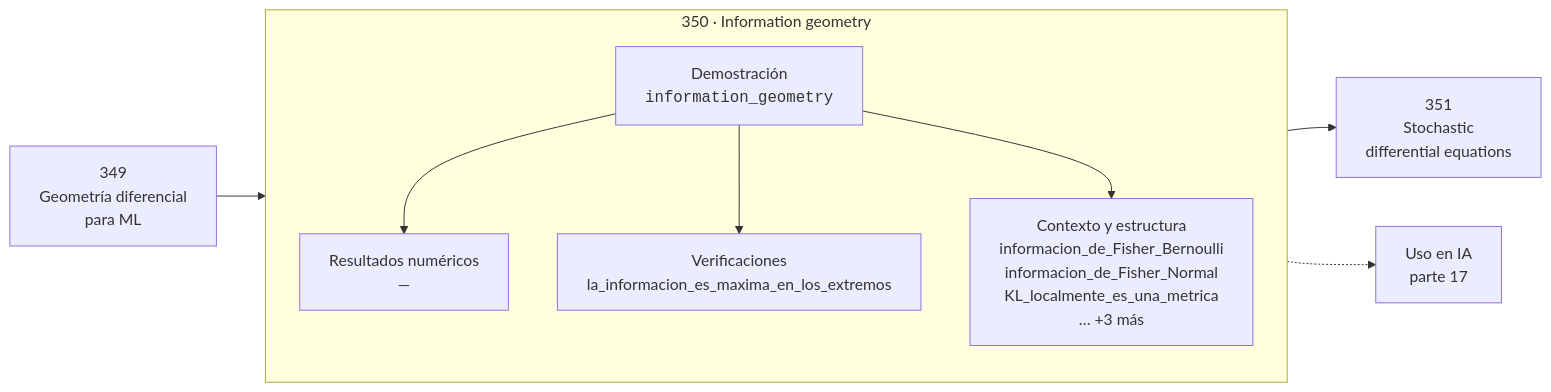
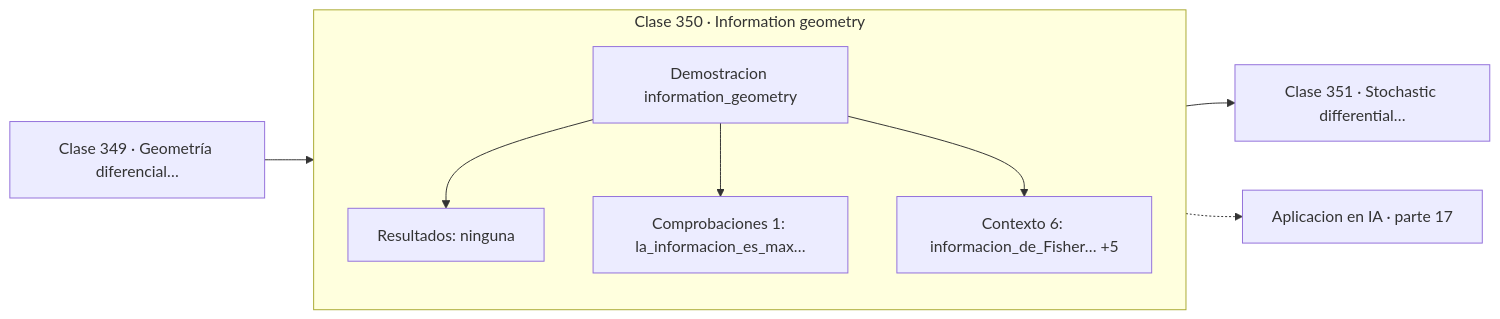
Before and after one commit to vladimiracunadev-create/computational-mathematics-program: the diagram in classes/part-17-frontera-matematica-para-ia-e-investigacion/350-information-geometry/README.md, drawn with Mermaid. The commit also changed 389 other files, not shown here.

First line of the commit message:
fix(diagramas): elimina el HTML de las etiquetas Mermaid

````diff
--- a/classes/part-17-frontera-matematica-para-ia-e-investigacion/350-information-geometry/README.md
+++ b/classes/part-17-frontera-matematica-para-ia-e-investigacion/350-information-geometry/README.md
@@ -30,12 +30,13 @@
 ```mermaid
 flowchart LR
-    P["349<br/>Geometría diferencial<br/>para ML"] --> C
-    subgraph C["350 · Information geometry"]
+    P["Clase 349 · Geometría diferencial…"] --> D
+    subgraph CLASE["Clase 350 · Information geometry"]
         direction TB
-        D["Demostración<br/><code>information_geometry</code>"] --> R["Resultados numéricos<br/>—"]
-        D --> V["Verificaciones<br/>la_informacion_es_maxima_en_los_extremos"]
-        D --> O["Contexto y estructura<br/>informacion_de_Fisher_Bernoulli<br/>informacion_de_Fisher_Normal<br/>KL_localmente_es_una_metrica<br/>… +3 más"]
+        D["Demostracion information_geometry"]
+        D --> R["Resultados: ninguna"]
+        D --> V["Comprobaciones 1: la_informacion_es_max…"]
+        D --> O["Contexto 6: informacion_de_Fisher… +5"]
     end
-    C --> N["351<br/>Stochastic<br/>differential equations"]
-    C -.-> IA["Uso en IA<br/>parte 17"]
+    R --> N["Clase 351 · Stochastic differential…"]
+    V -.-> IA["Aplicacion en IA · parte 17"]
 ```
````
